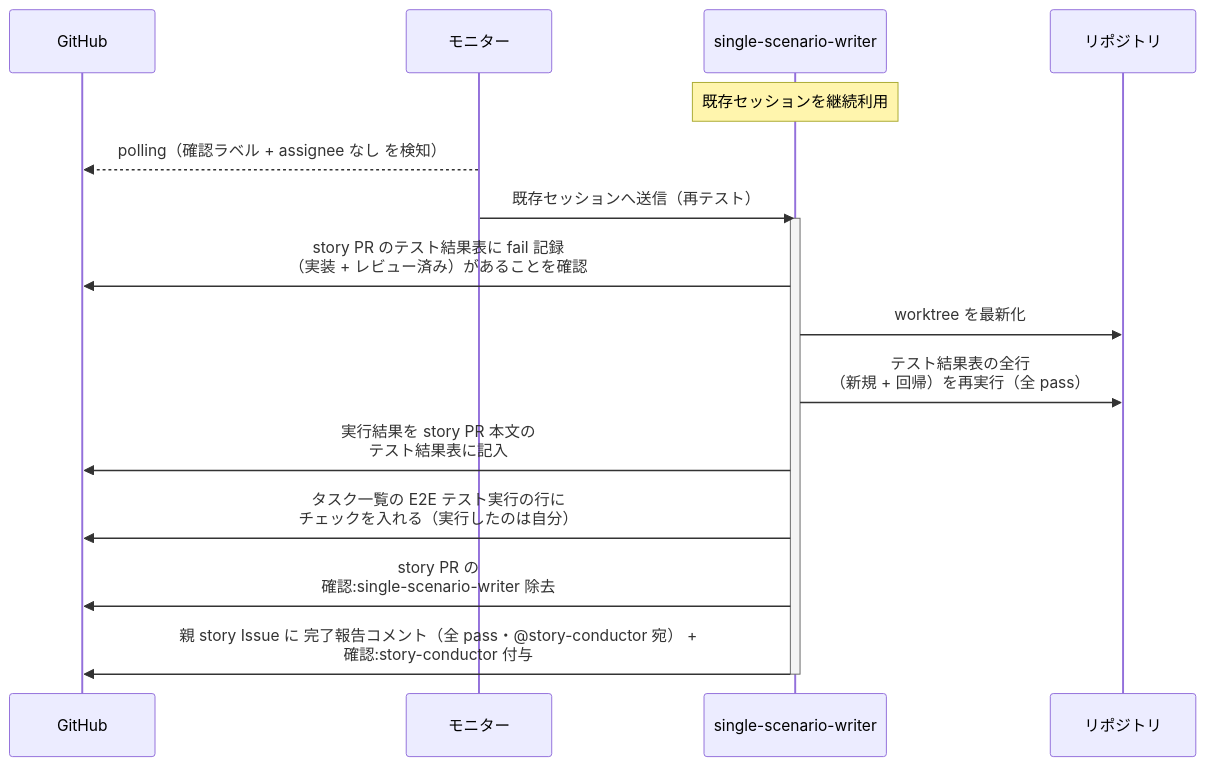
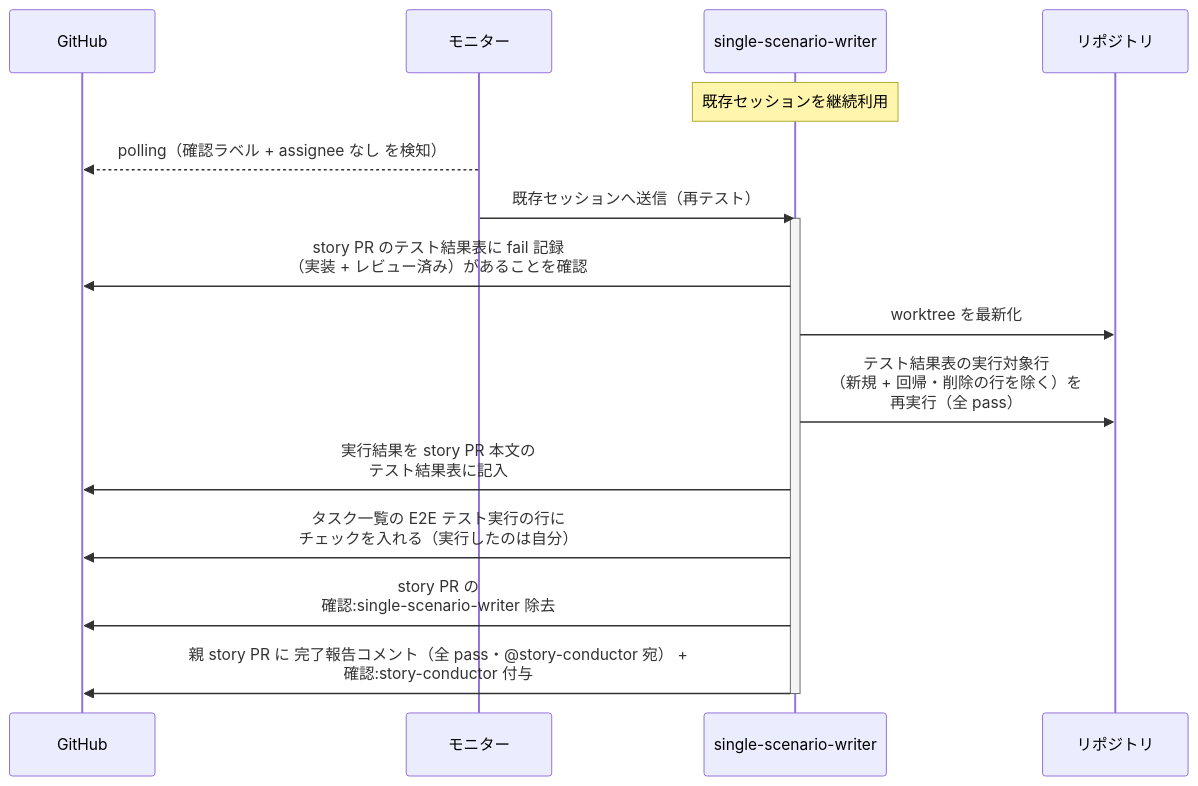
The second of 2 diagrams in docs/wiki/設計図/シナリオ/単一ユースケース/統合テスト指揮.md (shuhei1101/ai-monitor), drawn with Mermaid before and after one commit. The commit also changed other lines of this file and 256 other files, not shown here.

````diff
--- a/docs/wiki/設計図/シナリオ/単一ユースケース/統合テスト指揮.md
+++ b/docs/wiki/設計図/シナリオ/単一ユースケース/統合テスト指揮.md
@@ -70,20 +70,20 @@
 ```mermaid
 sequenceDiagram
   participant GH as GitHub
   participant ORC as モニター
   participant MON as single-scenario-writer
   participant REPO as リポジトリ
 
   Note over MON: 既存セッションを継続利用
   ORC-->>GH: polling（確認ラベル + assignee なし を検知）
   ORC->>MON: 既存セッションへ送信（再テスト）
   activate MON
   MON->>GH: story PR のテスト結果表に fail 記録<br>（実装 + レビュー済み）があることを確認
   MON->>REPO: worktree を最新化
-  MON->>REPO: テスト結果表の全行<br>（新規 + 回帰）を再実行（全 pass）
+  MON->>REPO: テスト結果表の実行対象行<br>（新規 + 回帰・削除の行を除く）を<br>再実行（全 pass）
   MON->>GH: 実行結果を story PR 本文の<br>テスト結果表に記入
   MON->>GH: タスク一覧の E2E テスト実行の行に<br>チェックを入れる（実行したのは自分）
   MON->>GH: story PR の<br>確認:single-scenario-writer 除去
-  MON->>GH: 親 story Issue に 完了報告コメント（全 pass・@story-conductor 宛） +<br>確認:story-conductor 付与
+  MON->>GH: 親 story PR に 完了報告コメント（全 pass・@story-conductor 宛） +<br>確認:story-conductor 付与
   deactivate MON
 ```
````
